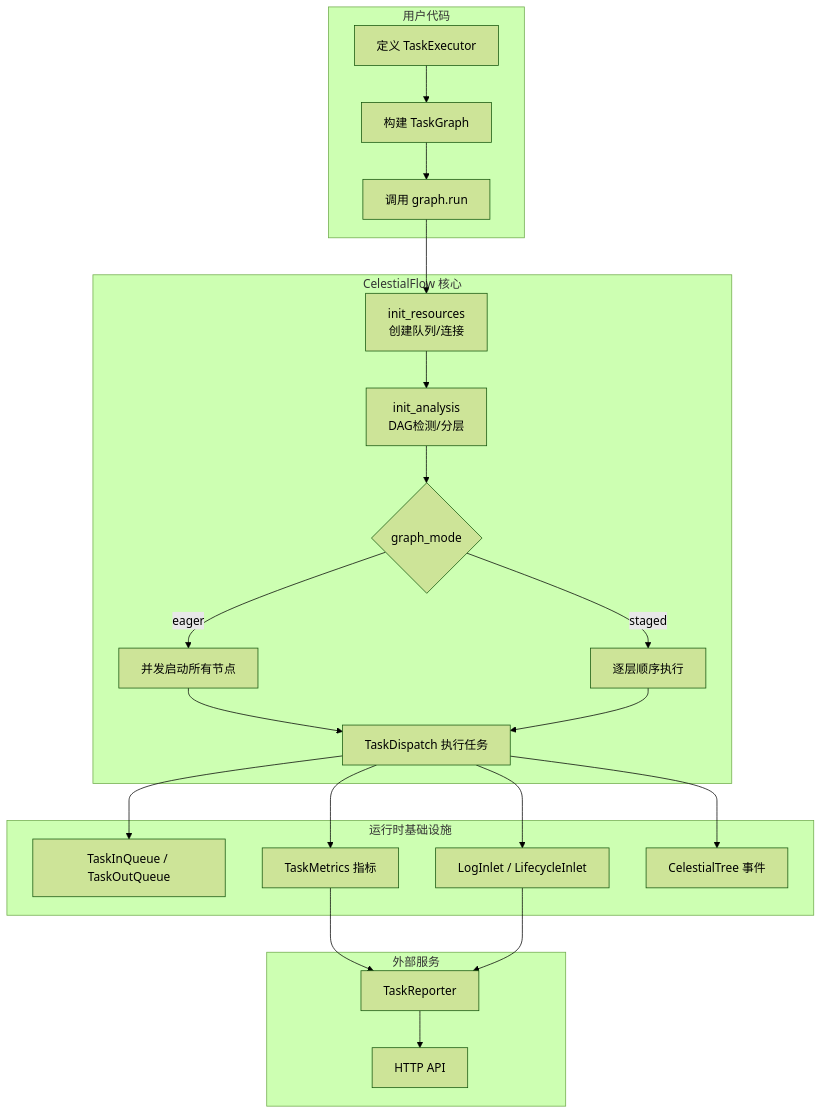
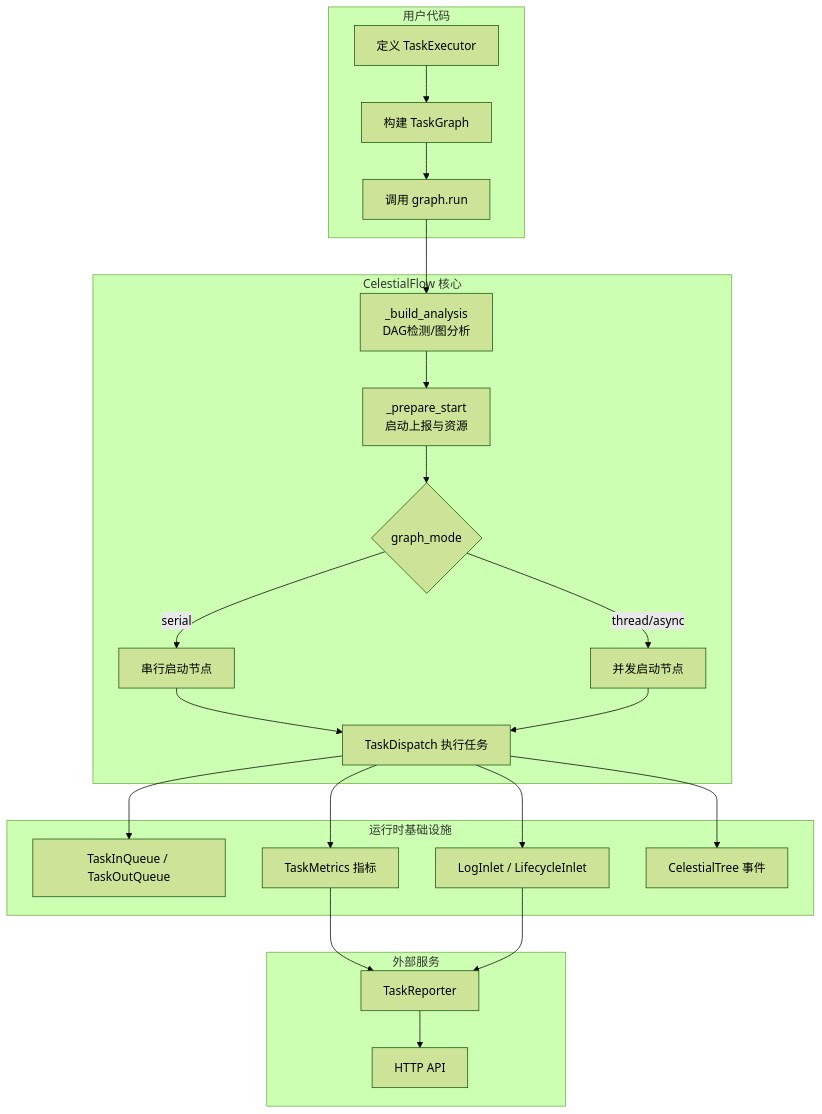
The first of 9 diagrams in docs/zh-CN/presentation.md (Mr-xiaotian/CelestialFlow), drawn with Mermaid (forest theme) before and after one commit. The commit also changed other lines of this file and 100 other files, not shown here.

````diff
--- a/docs/zh-CN/presentation.md
+++ b/docs/zh-CN/presentation.md
@@ -76,33 +76,33 @@
 ```mermaid
 graph TB
     subgraph 用户代码
         A[定义 TaskExecutor] --> B[构建 TaskGraph]
         B --> C[调用 graph.run]
     end
 
     subgraph CelestialFlow 核心
-        C --> D[init_resources<br/>创建队列/连接]
-        D --> E[init_analysis<br/>DAG检测/分层]
+        C --> D[_build_analysis<br/>DAG检测/图分析]
+        D --> E[_prepare_start<br/>启动上报与资源]
         E --> F{graph_mode}
-        F -->|eager| G[并发启动所有节点]
-        F -->|staged| H[逐层顺序执行]
+        F -->|serial| G[串行启动节点]
+        F -->|thread/async| H[并发启动节点]
         G --> I[TaskDispatch 执行任务]
         H --> I
     end
 
     subgraph 运行时基础设施
         I --> J[TaskInQueue / TaskOutQueue]
         I --> K[TaskMetrics 指标]
         I --> L[LogInlet / LifecycleInlet]
         I --> M[CelestialTree 事件]
     end
 
     subgraph 外部服务
         N[TaskReporter]
         O[HTTP API]
     end
 
     K --> N
     L --> N
     N --> O
 ```
````
